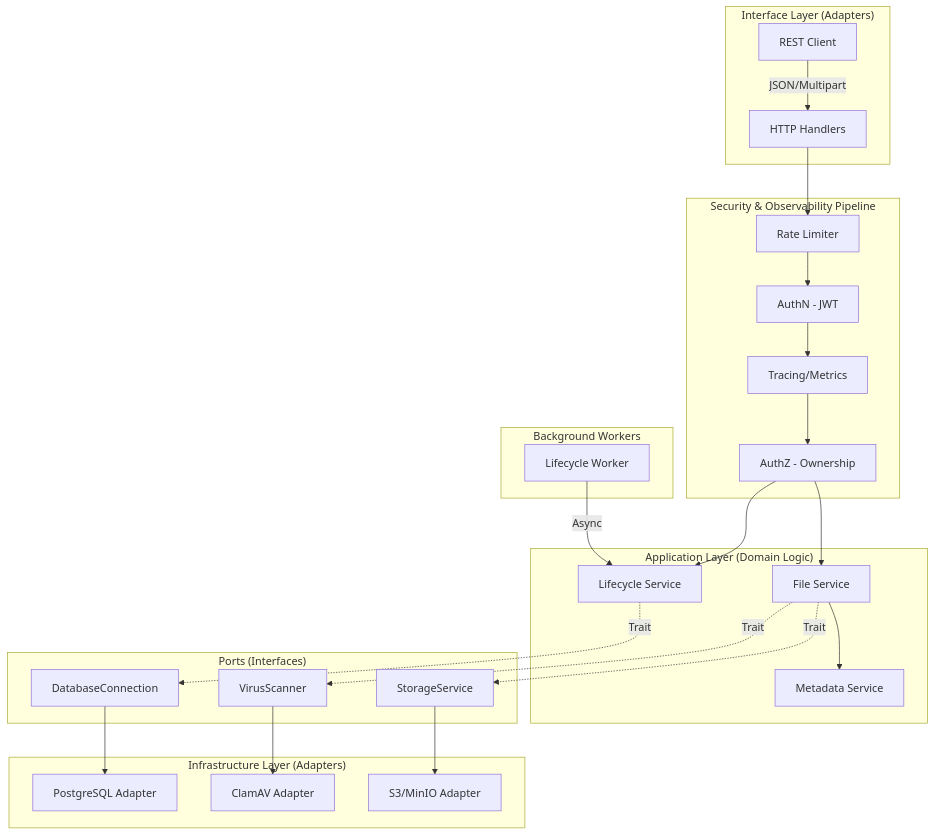
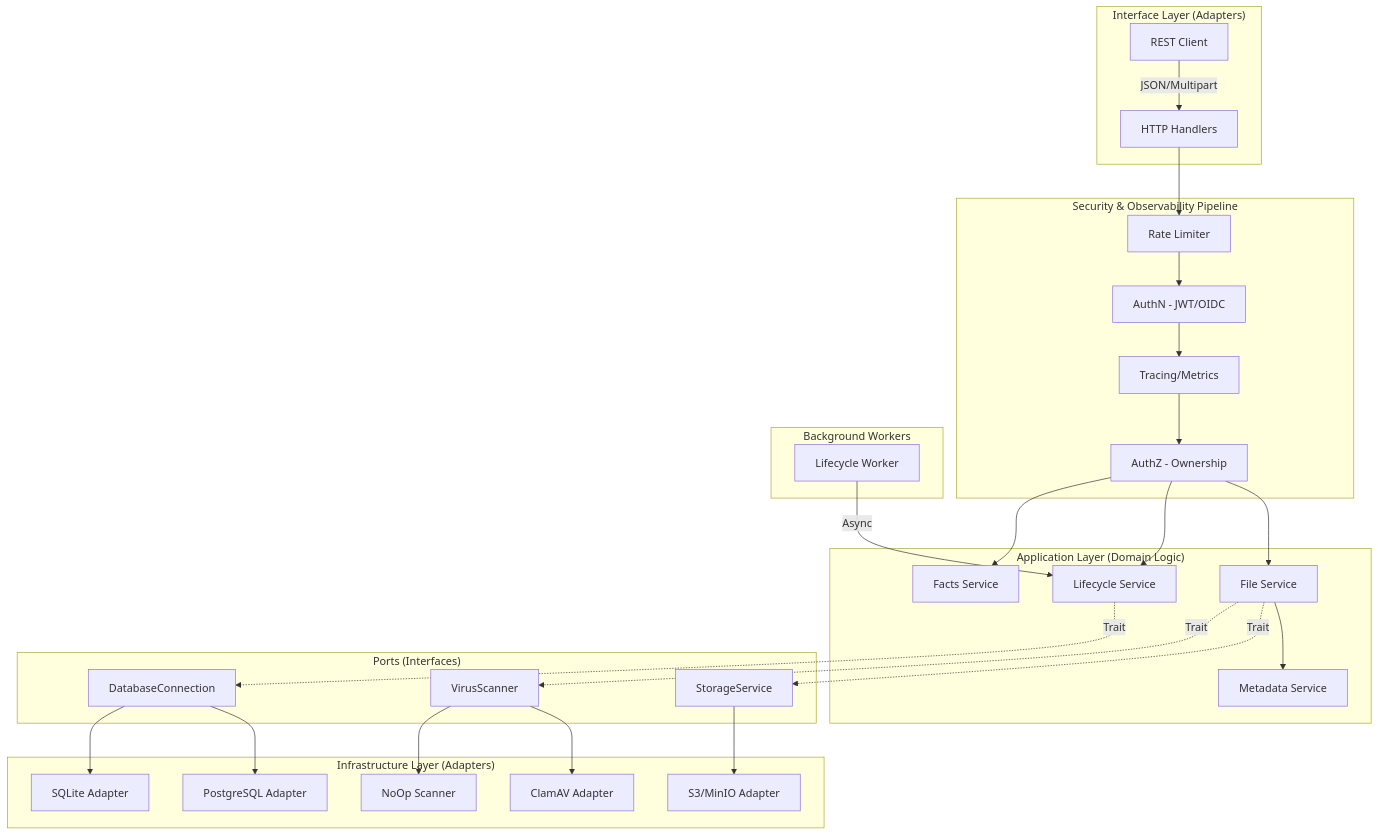
Before and after one commit to appsjuragan/rust-file-backend: the diagram in api/ARCHITECTURE.md, drawn with Mermaid. The commit also changed other lines of this file and 4 other files, not shown here.

````diff
--- a/api/ARCHITECTURE.md
+++ b/api/ARCHITECTURE.md
@@ -30,35 +30,38 @@
 ```mermaid
 graph TD
     subgraph "Interface Layer (Adapters)"
         Client[REST Client] -->|JSON/Multipart| Handlers[HTTP Handlers]
     end
 
     subgraph "Security & Observability Pipeline"
         Handlers --> RL[Rate Limiter]
-        RL --> AN[AuthN - JWT]
+        RL --> AN[AuthN - JWT/OIDC]
         AN --> TR[Tracing/Metrics]
         TR --> AZ[AuthZ - Ownership]
     end
 
     subgraph "Application Layer (Domain Logic)"
         AZ --> FS[File Service]
         AZ --> SL[Lifecycle Service]
+        AZ --> FF[Facts Service]
         FS --> MS[Metadata Service]
     end
 
     subgraph "Ports (Interfaces)"
         FS -.->|Trait| P_Storage[StorageService]
         FS -.->|Trait| P_Scan[VirusScanner]
         SL -.->|Trait| P_DB[DatabaseConnection]
     end
 
     subgraph "Infrastructure Layer (Adapters)"
         P_Storage --> S3[S3/MinIO Adapter]
         P_Scan --> ClamAV[ClamAV Adapter]
+        P_Scan --> NoOp[NoOp Scanner]
         P_DB --> Postgres[PostgreSQL Adapter]
+        P_DB --> SQLite[SQLite Adapter]
     end
 
     subgraph "Background Workers"
         Worker[Lifecycle Worker] -->|Async| SL
     end
 ```
````
